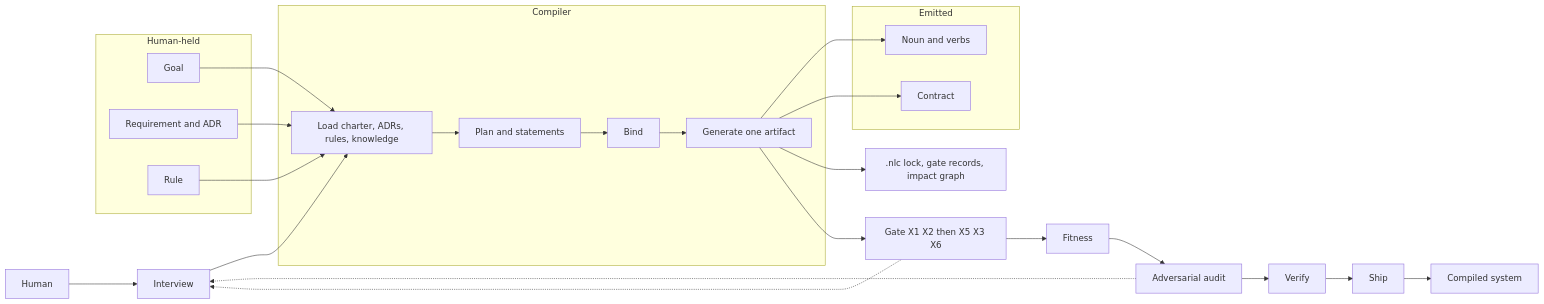
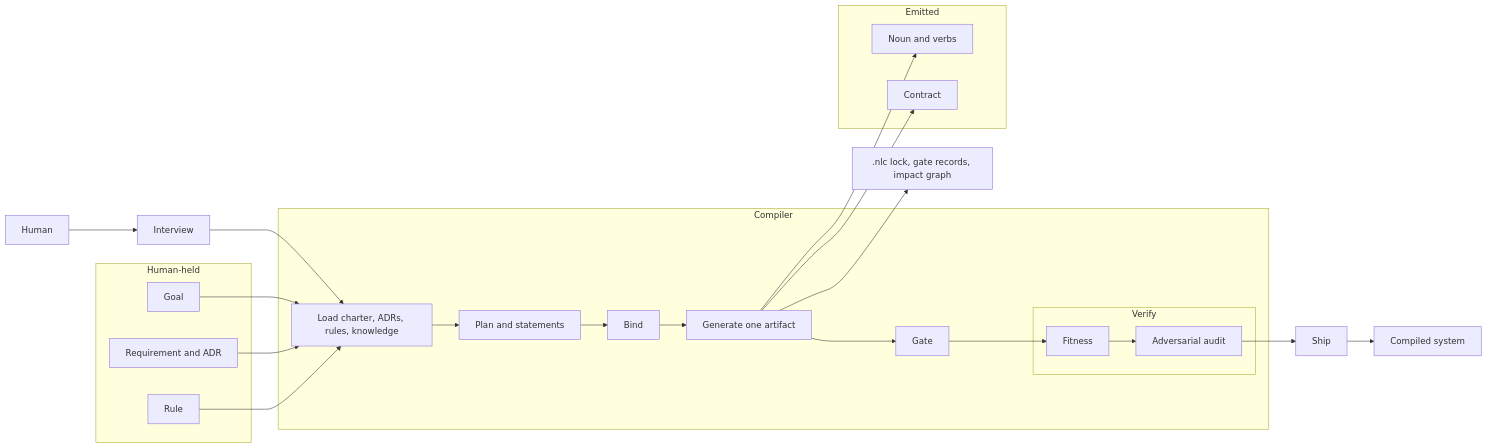
Before and after one commit to Zygotic-AI/Natural-Language-Coding: the diagram in docs/diagrams/nlc-components.md, drawn with Mermaid. The commit also changed other lines of this file and 2 other files, not shown here.

Commit message:
save: diagram x2

````diff
--- a/docs/diagrams/nlc-components.md
+++ b/docs/diagrams/nlc-components.md
@@ -57,39 +61,38 @@
 ```mermaid
 flowchart LR
   Human[Human]
   Interview[Interview]
   subgraph compiler [Compiler]
     Load[Load charter, ADRs, rules, knowledge]
     Plan[Plan and statements]
     Bind[Bind]
     Emit[Generate one artifact]
+    Gate[Gate]
+    subgraph verify [Verify]
+      Fitness[Fitness]
+      Audit[Adversarial audit]
+    end
   end
   subgraph held [Human-held]
     Goal[Goal]
     Req[Requirement and ADR]
     Rule[Rule]
   end
   subgraph emitted [Emitted]
     Noun[Noun and verbs]
     Contract[Contract]
   end
   Store[".nlc lock, gate records, impact graph"]
-  Gate[Gate X1 X2 then X5 X3 X6]
-  Fitness[Fitness]
-  Audit[Adversarial audit]
-  Verify[Verify]
   Ship[Ship]
   App[Compiled system]
 
   Human --> Interview --> Load
   Goal --> Load
   Req --> Load
   Rule --> Load
   Load --> Plan --> Bind --> Emit
   Emit --> Noun
   Emit --> Contract
   Emit --> Store
-  Emit --> Gate --> Fitness --> Audit --> Verify --> Ship --> App
-  Gate -.-> Interview
-  Audit -.-> Interview
+  Emit --> Gate --> Fitness --> Audit --> Ship --> App
 ```
````
